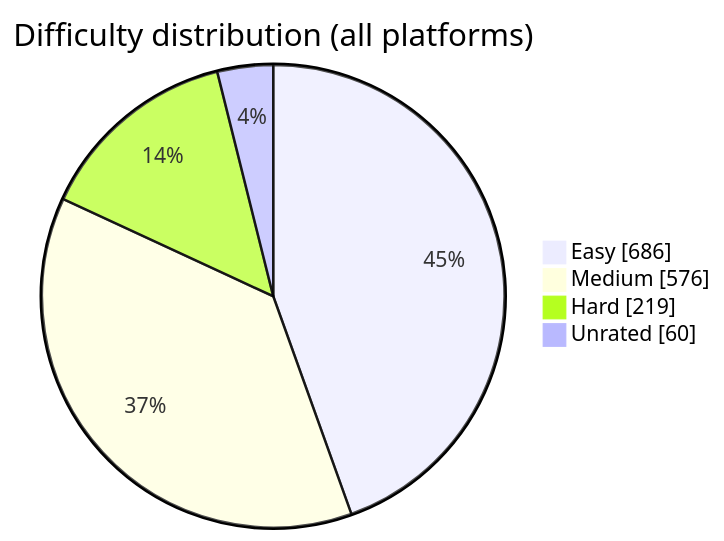
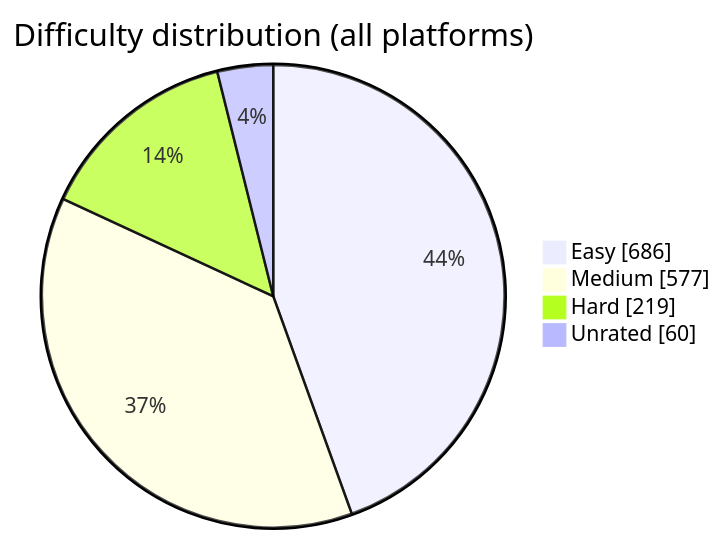
One commit to BuildbyArindam/Daily-Coding-Log changed the diagram in README.md. Above: the diagram before and after it, drawn with Mermaid. The commit also changed other lines of this file, not shown here.

````diff
--- a/README.md
+++ b/README.md
@@ -93,7 +93,7 @@
 ```mermaid
 pie showData title Difficulty distribution (all platforms)
     "Easy" : 686
-    "Medium" : 576
+    "Medium" : 577
     "Hard" : 219
     "Unrated" : 60
 ```
````
